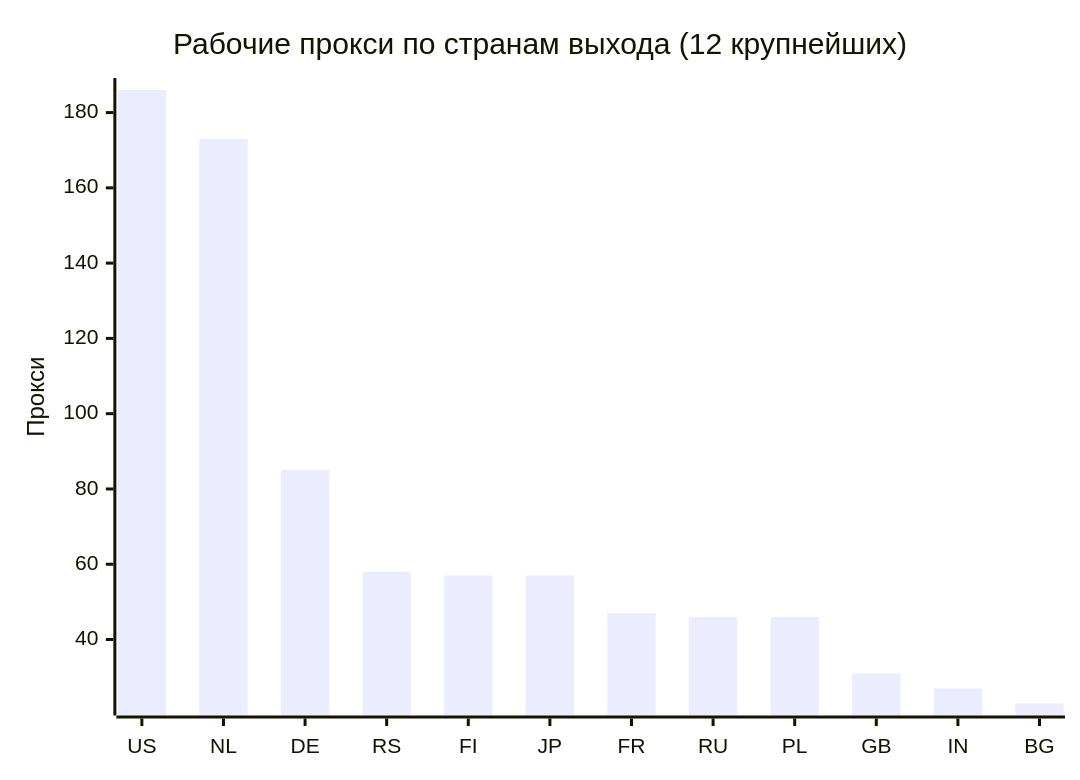
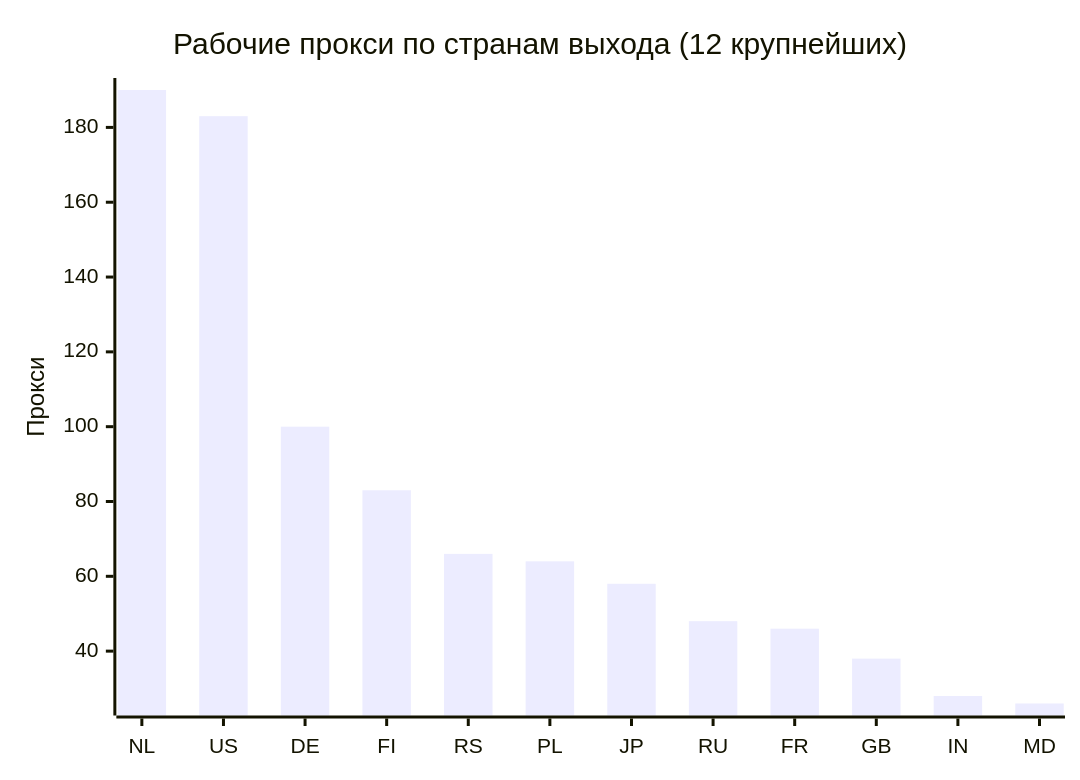
One commit to rvvg/proxy-subs changed the second of 4 diagrams in README.md. Above: the diagram before and after it, drawn with Mermaid. The commit also changed other lines of this file and 48 other files, not shown here.

````diff
--- a/README.md
+++ b/README.md
@@ -127,7 +130,7 @@
 ```mermaid
 xychart-beta
     title "Рабочие прокси по странам выхода (12 крупнейших)"
-    x-axis ["US", "NL", "DE", "RS", "FI", "JP", "FR", "RU", "PL", "GB", "IN", "BG"]
+    x-axis ["NL", "US", "DE", "FI", "RS", "PL", "JP", "RU", "FR", "GB", "IN", "MD"]
     y-axis "Прокси"
-    bar [186, 173, 85, 58, 57, 57, 47, 46, 46, 31, 27, 23]
+    bar [190, 183, 100, 83, 66, 64, 58, 48, 46, 38, 28, 26]
 ```
````
